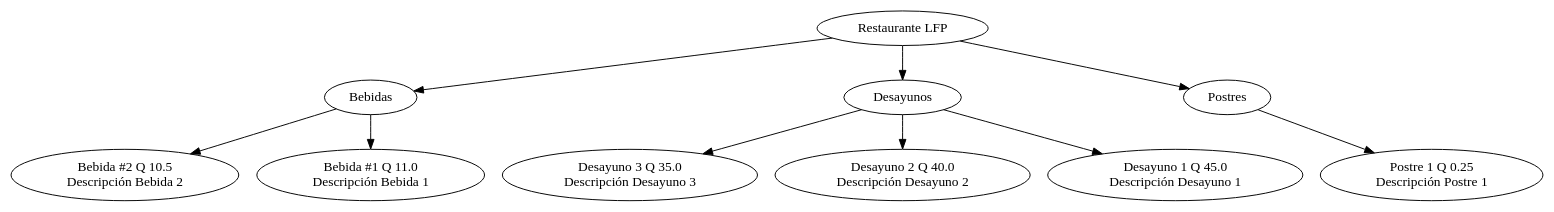
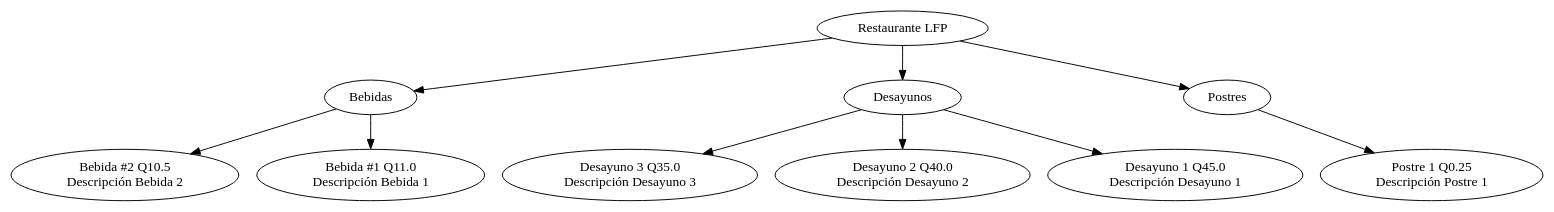
Before and after one commit to alexsan-dev/proyecto01-lfp: the diagram in hello.gv, drawn with Graphviz. The commit also changed 5 other files, not shown here.

```diff
--- a/hello.gv
+++ b/hello.gv
@@ -1,17 +1,17 @@
 digraph G {
 	"Restaurante LFP" -> Bebidas [constraint=True]
-	Bebidas -> "Bebida #2 Q 10.5
+	Bebidas -> "Bebida #2 Q10.5
 Descripción Bebida 2" [constraint=True]
-	Bebidas -> "Bebida #1 Q 11.0
+	Bebidas -> "Bebida #1 Q11.0
 Descripción Bebida 1" [constraint=True]
 	"Restaurante LFP" -> Desayunos [constraint=True]
-	Desayunos -> "Desayuno 3 Q 35.0
+	Desayunos -> "Desayuno 3 Q35.0
 Descripción Desayuno 3" [constraint=True]
-	Desayunos -> "Desayuno 2 Q 40.0
+	Desayunos -> "Desayuno 2 Q40.0
 Descripción Desayuno 2" [constraint=True]
-	Desayunos -> "Desayuno 1 Q 45.0
+	Desayunos -> "Desayuno 1 Q45.0
 Descripción Desayuno 1" [constraint=True]
 	"Restaurante LFP" -> Postres [constraint=True]
-	Postres -> "Postre 1 Q 0.25
+	Postres -> "Postre 1 Q0.25
 Descripción Postre 1" [constraint=True]
 }
```
